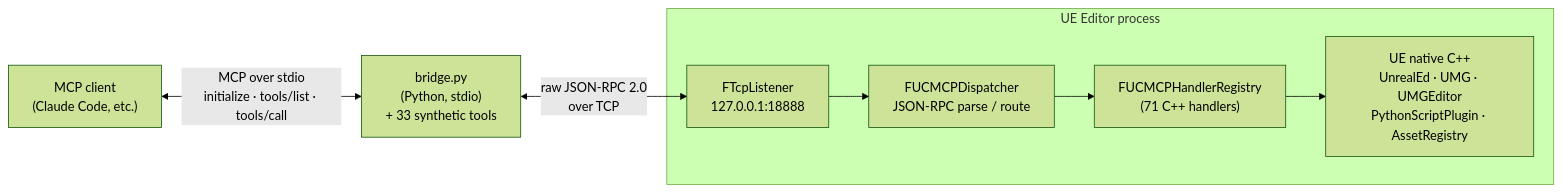
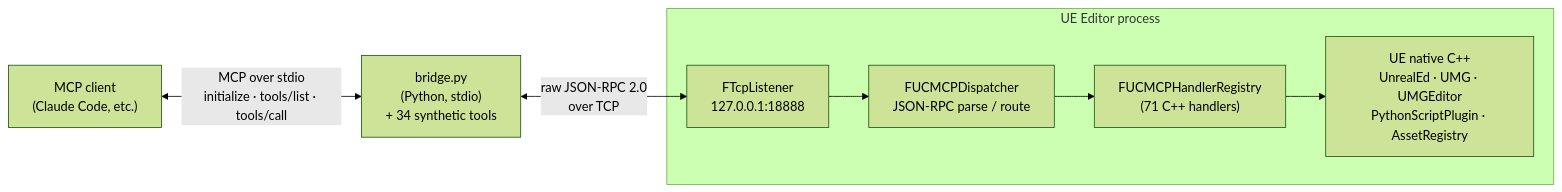
The first of 2 diagrams in docs/ARCHITECTURE.md (NAJEMWEHBE/unreal-ai-connection), drawn with Mermaid (forest theme) before and after one commit. The commit also changed 19 other files, not shown here.

First line of the commit message:
feat(bridge): add import_mesh synthetic tool (#247)

````diff
--- a/docs/ARCHITECTURE.md
+++ b/docs/ARCHITECTURE.md
@@ -5,18 +5,18 @@
 ```mermaid
 flowchart LR
     Client["MCP client<br/>(Claude Code, etc.)"]
-    Bridge["bridge.py<br/>(Python, stdio)<br/>+ 33 synthetic tools"]
+    Bridge["bridge.py<br/>(Python, stdio)<br/>+ 34 synthetic tools"]
 
     subgraph UE["UE Editor process"]
         TCP["FTcpListener<br/>127.0.0.1:18888"]
         Disp["FUCMCPDispatcher<br/>JSON-RPC parse / route"]
         Reg["FUCMCPHandlerRegistry<br/>(71 C++ handlers)"]
         Native["UE native C++<br/>UnrealEd · UMG · UMGEditor<br/>PythonScriptPlugin · AssetRegistry"]
     end
 
     Client <-->|"MCP over stdio<br/>initialize · tools/list · tools/call"| Bridge
     Bridge <-->|"raw JSON-RPC 2.0<br/>over TCP"| TCP
     TCP --> Disp
     Disp --> Reg
     Reg --> Native
 ```
````
